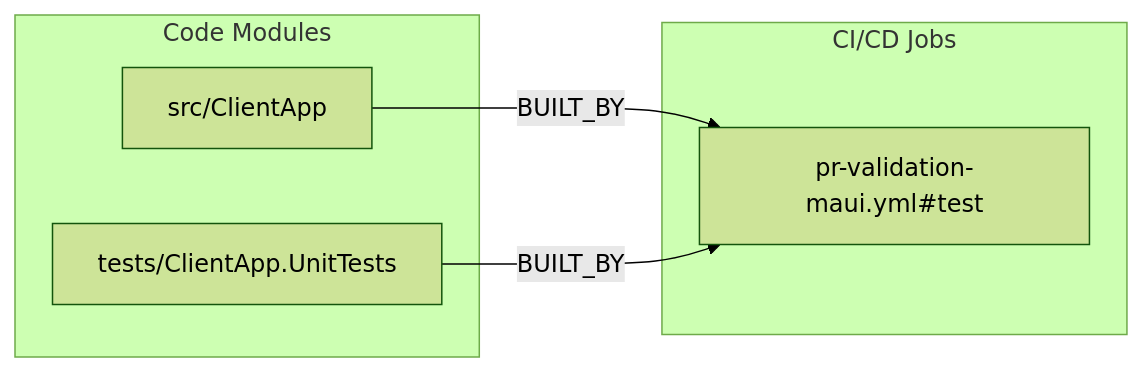
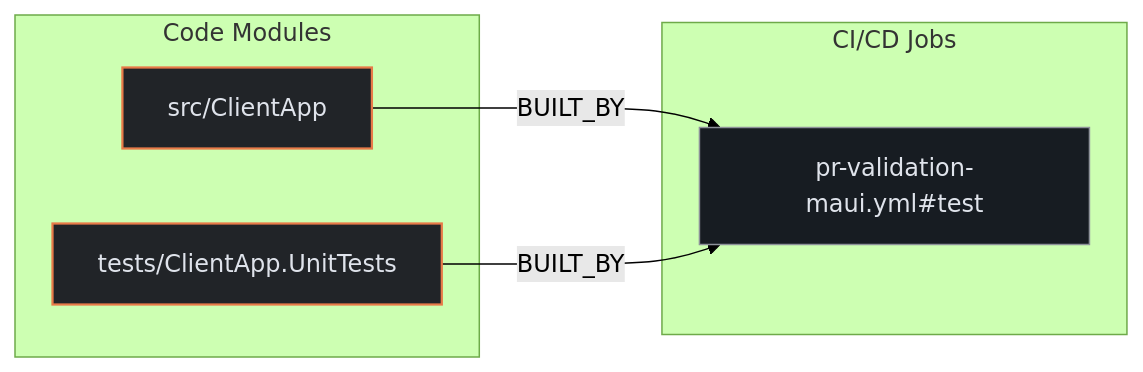
The second of 3 diagrams in exports/latest/reports/dotnet-eShop-report.md (kumarshaz/atruss-code-atlas), drawn with Mermaid (forest theme) before and after one commit. The commit also changed other lines of this file and 331 other files, not shown here.

Commit message:
docs,ui,fix: update SDLC docs, reorder CI/CD DAG first, stylize Mermaid, and fix Arc42 pipeline topology

````diff
--- a/exports/latest/reports/dotnet-eShop-report.md
+++ b/exports/latest/reports/dotnet-eShop-report.md
@@ -214,12 +221,16 @@
 ```mermaid
 flowchart LR
+    classDef atlasCategory fill:#212428,stroke:#E87A48,stroke-width:1.5px,color:#dfe3eb
+    classDef atlasWorkflow fill:#1b2026,stroke:#a3c9ff,stroke-width:1.5px,color:#dfe3eb
+    classDef atlasJob fill:#171c22,stroke:#8d9199,stroke-width:1px,color:#dfe3eb
+    classDef atlasTarget fill:#005227,stroke:#8bd99b,stroke-width:1.5px,color:#a7f6b6
     subgraph code_modules["Code Modules"]
-        mod_src_ClientApp["src/ClientApp"]
-        mod_tests_ClientApp_UnitTests["tests/ClientApp.UnitTests"]
+        mod_src_ClientApp["src/ClientApp"]:::atlasCategory
+        mod_tests_ClientApp_UnitTests["tests/ClientApp.UnitTests"]:::atlasCategory
     end
     subgraph ci_jobs["CI/CD Jobs"]
-        job_pr_validation_maui_yml_test["pr-validation-maui.yml#test"]
+        job_pr_validation_maui_yml_test["pr-validation-maui.yml#test"]:::atlasJob
     end
     mod_src_ClientApp -->|BUILT_BY| job_pr_validation_maui_yml_test
     mod_tests_ClientApp_UnitTests -->|BUILT_BY| job_pr_validation_maui_yml_test
 ```
````
